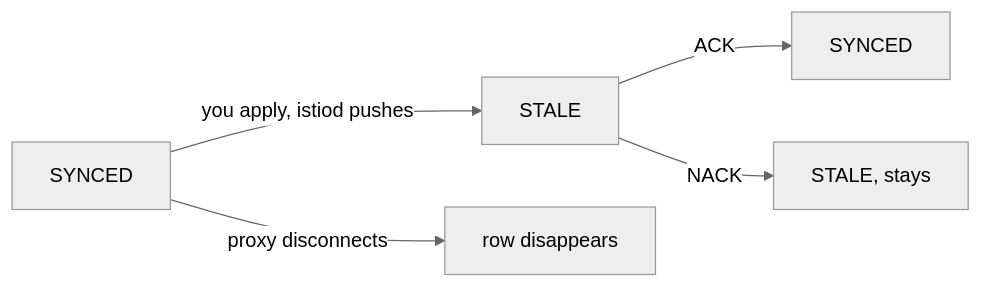
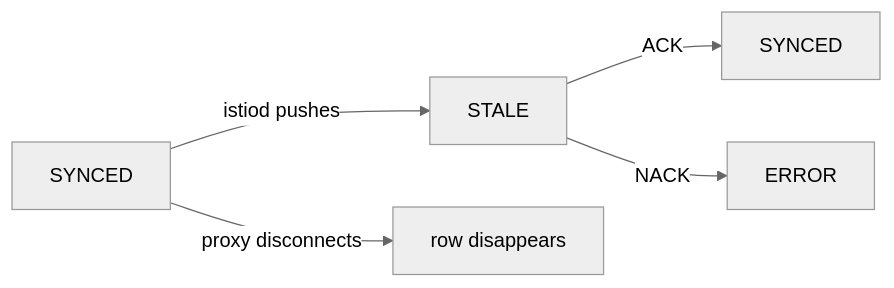
One commit to astrona-io/ATS016 changed the diagram in sections/section-030/module-02/course-02-reading-the-proxy-status-table.md. Above: the diagram before and after it, drawn with Mermaid (neutral theme). The commit also changed other lines of this file and 38 other files, not shown here.

````diff
--- a/sections/section-030/module-02/course-02-reading-the-proxy-status-table.md
+++ b/sections/section-030/module-02/course-02-reading-the-proxy-status-table.md
@@ -69,7 +57,7 @@
 ```mermaid
 flowchart LR
-    S1["SYNCED"] -->|"you apply, istiod pushes"| ST["STALE"]
+    S1["SYNCED"] -->|"istiod pushes"| ST["STALE"]
     ST -->|"ACK"| S2["SYNCED"]
-    ST -->|"NACK"| SP["STALE, stays"]
+    ST -->|"NACK"| ER["ERROR"]
     S1 -->|"proxy disconnects"| G["row disappears"]
 ```
````
